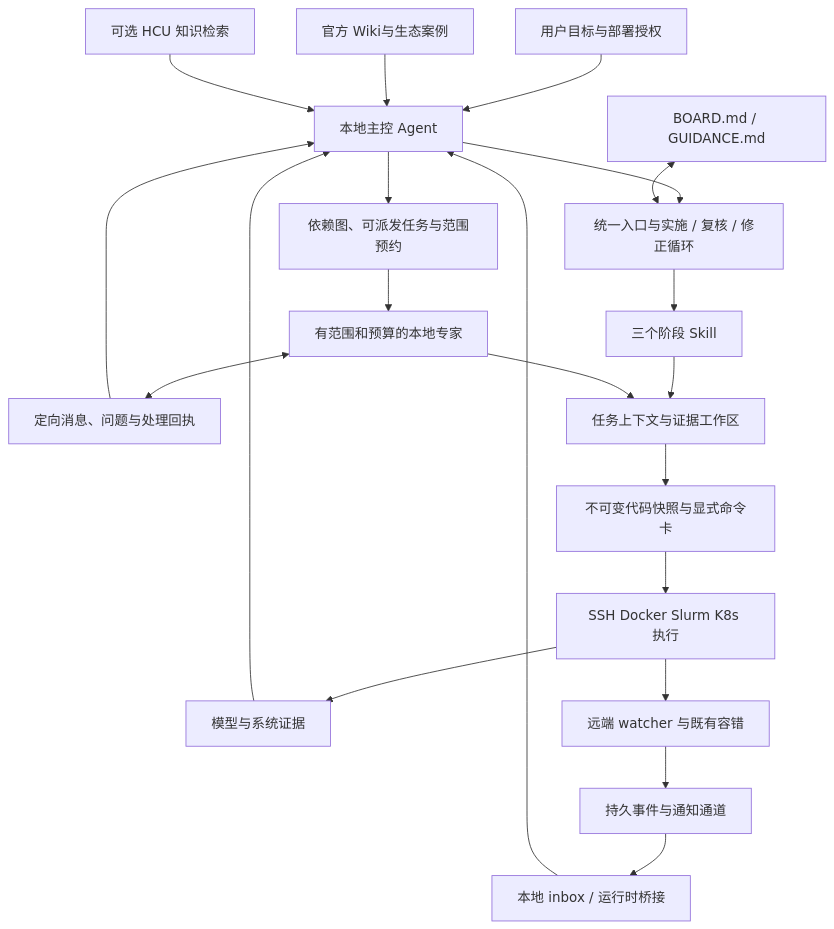
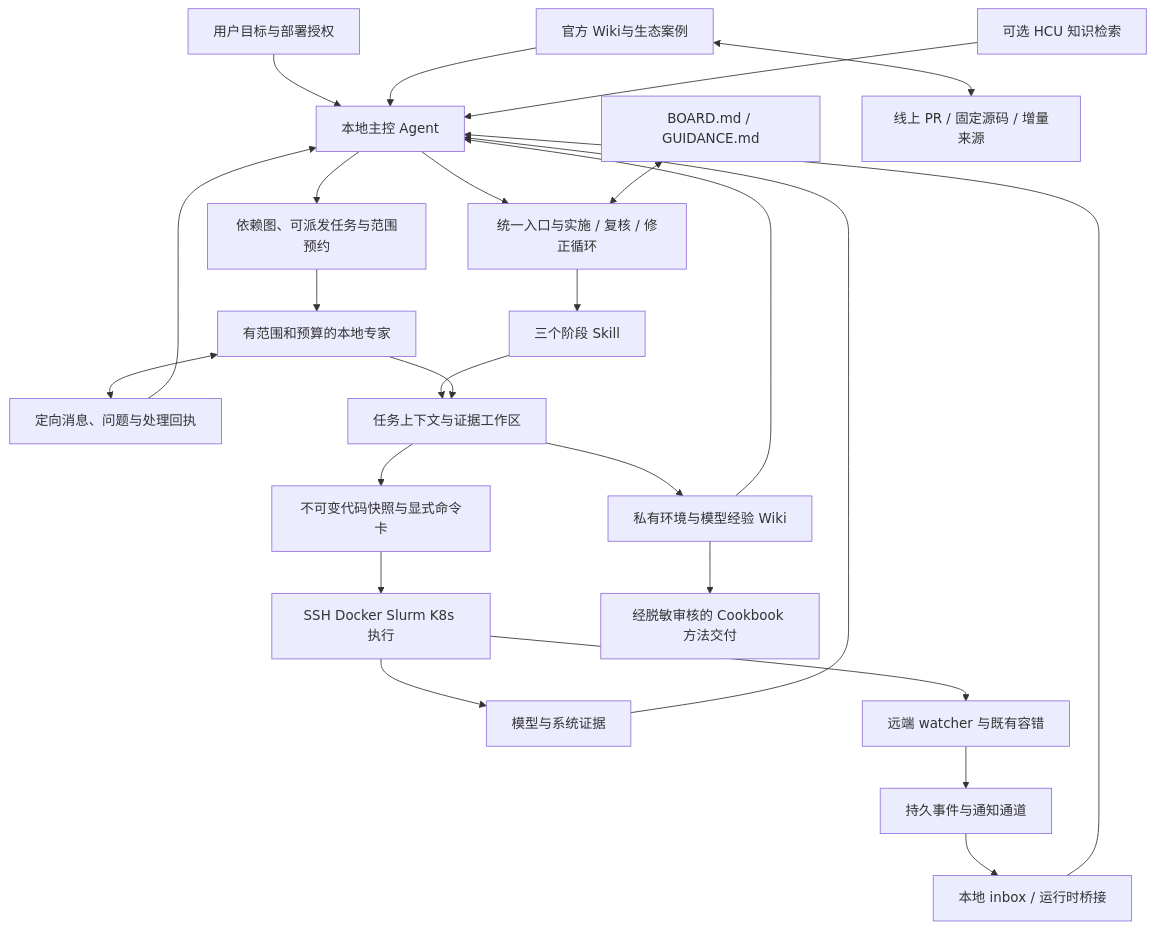
One commit to yuguo-Jack/HCU-TrainFlow changed the diagram in docs/architecture.md. Above: the diagram before and after it, drawn with Mermaid. The commit also changed 598 other files, not shown here.

````diff
--- a/docs/architecture.md
+++ b/docs/architecture.md
@@ -3,23 +3,27 @@
 ```mermaid
 flowchart TD
     U[用户目标与部署授权] --> A[本地主控 Agent]
     A --> F[统一入口与实施 / 复核 / 修正循环]
     F --> S[三个阶段 Skill]
     HN[BOARD.md / GUIDANCE.md] <--> F
     A --> DAG[依赖图、可派发任务与范围预约]
     DAG --> E[有范围和预算的本地专家]
     E <--> MSG[定向消息、问题与处理回执]
     MSG --> A
     S --> W[任务上下文与证据工作区]
     E --> W
     W --> C[不可变代码快照与显式命令卡]
     C --> R[SSH Docker Slurm K8s 执行]
     R --> P[模型与系统证据]
     P --> A
     K[官方 Wiki与生态案例] --> A
+    K <--> PR[线上 PR / 固定源码 / 增量来源]
+    W --> EK[私有环境与模型经验 Wiki]
+    EK --> A
+    EK --> CB[经脱敏审核的 Cookbook 方法交付]
     H[可选 HCU 知识检索] --> A
     R --> D[远端 watcher 与既有容错]
     D --> O[持久事件与通知通道]
     O --> I[本地 inbox / 运行时桥接]
     I --> A
 ```
````
